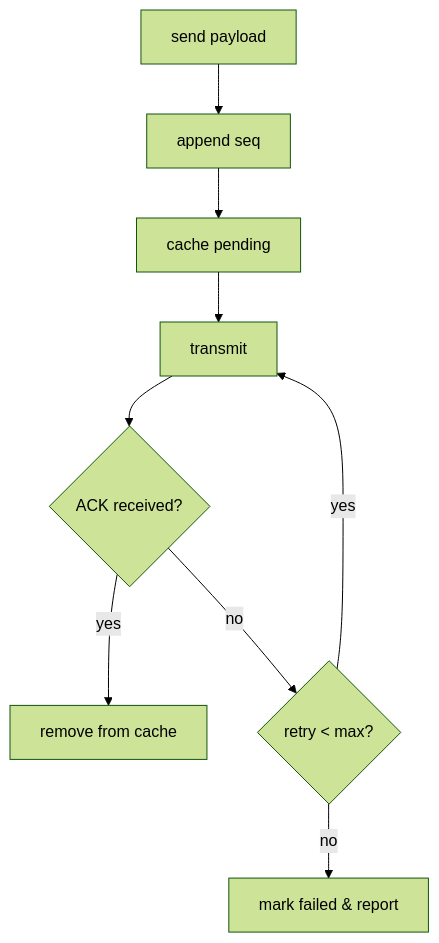
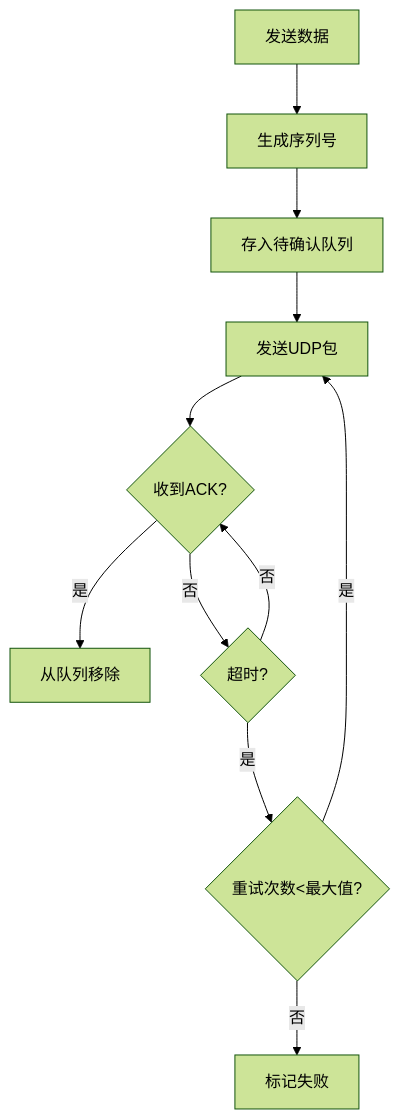
The first of 2 diagrams in doc/interview_prep/UDP详解.md (dswcpp/resume-system), drawn with Mermaid (forest theme) before and after one commit. The commit also changed other lines of this file and 24 other files, not shown here.

````diff
--- a/doc/interview_prep/UDP详解.md
+++ b/doc/interview_prep/UDP详解.md
@@ -30,11 +322,13 @@
 ```mermaid
 flowchart TD
-    S[send payload] --> A[append seq]
-    A --> C[cache pending]
-    C --> T[transmit]
-    T --> R{ACK received?}
-    R -- yes --> X[remove from cache]
-    R -- no --> Y{retry < max?}
-    Y -- yes --> T
-    Y -- no --> Z[mark failed & report]
+    S[发送数据] --> A[生成序列号]
+    A --> C[存入待确认队列]
+    C --> T[发送UDP包]
+    T --> R{收到ACK?}
+    R -- 是 --> X[从队列移除]
+    R -- 否 --> Y{超时?}
+    Y -- 否 --> R
+    Y -- 是 --> Z{重试次数<最大值?}
+    Z -- 是 --> T
+    Z -- 否 --> F[标记失败]
 ```
````
